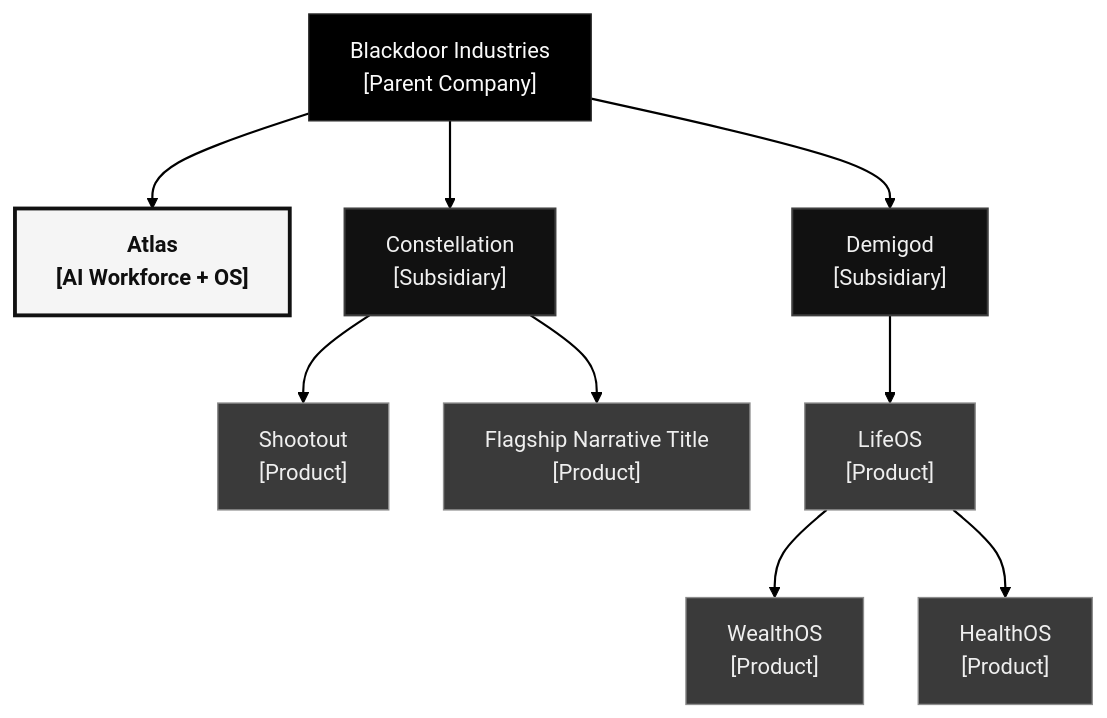
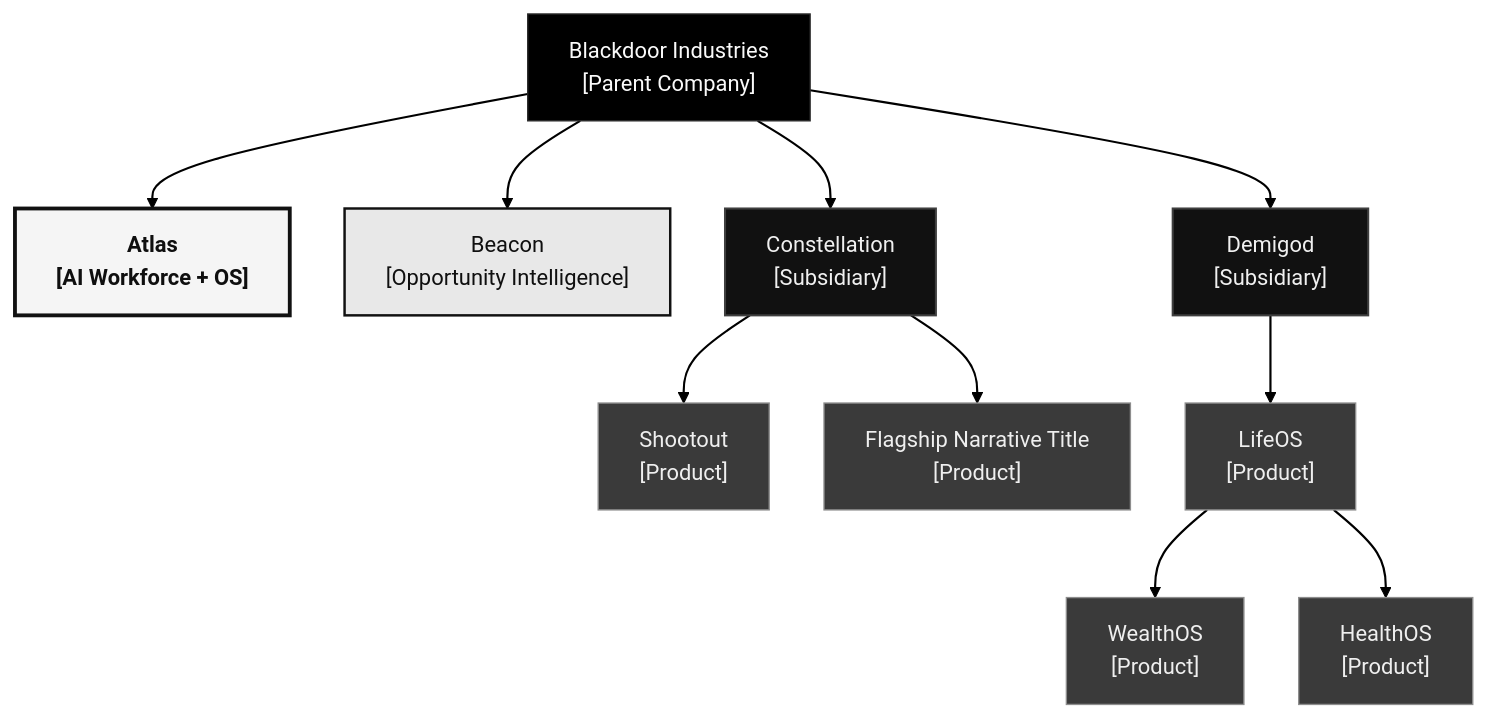
The first of 2 diagrams in profile/README.md (Blackdoor-Industries/.github), drawn with Mermaid before and after one commit. The commit also changed other lines of this file, not shown here.

Commit message:
Add Beacon to public profile

````diff
--- a/profile/README.md
+++ b/profile/README.md
@@ -36,45 +36,48 @@
 ```mermaid
 %%{init: {
   "theme": "base",
   "flowchart": {
     "curve": "basis",
     "nodeSpacing": 40,
     "rankSpacing": 64
   },
   "themeVariables": {
     "fontFamily": "Helvetica, Arial, sans-serif",
     "lineColor": "#000000",
     "textColor": "#eaeaea",
     "primaryColor": "#181818",
     "primaryBorderColor": "#454545",
     "tertiaryColor": "#121212",
     "background": "#ffffff"
   }
 }}%%
 flowchart TB
     BD["Blackdoor Industries<br/>[Parent Company]"]:::holding
     ATLAS["Atlas<br/>[AI Workforce + OS]"]:::atlas
+    BEACON["Beacon<br/>[Opportunity Intelligence]"]:::beacon
     CONST["Constellation<br/>[Subsidiary]"]:::subsidiary
     DEMI["Demigod<br/>[Subsidiary]"]:::subsidiary
     SHOOT["Shootout<br/>[Product]"]:::product
     VN["Flagship Narrative Title<br/>[Product]"]:::product
     LIFE["LifeOS<br/>[Product]"]:::product
     WEATH["WealthOS<br/>[Product]"]:::product
     HEALTH["HealthOS<br/>[Product]"]:::product
 
     BD --> ATLAS
+    BD --> BEACON
     BD --> CONST
     BD --> DEMI
     CONST --> SHOOT
     CONST --> VN
     DEMI --> LIFE
     LIFE --> WEATH
     LIFE --> HEALTH
 
     classDef holding fill:#000000,stroke:#2a2a2a,stroke-width:1px,color:#fafafa
     classDef atlas fill:#f5f5f5,stroke:#111111,stroke-width:2.8px,color:#0f0f0f,font-weight:700
+    classDef beacon fill:#e8e8e8,stroke:#111111,stroke-width:1.8px,color:#0f0f0f
     classDef subsidiary fill:#111111,stroke:#3f3f3f,stroke-width:1.5px,color:#f0f0f0
     classDef product fill:#3a3a3a,stroke:#8d8d8d,stroke-width:1px,color:#efefef
 
-    linkStyle 0,1,2,3,4,5,6,7 stroke:#000000,stroke-width:1.6px
+    linkStyle 0,1,2,3,4,5,6,7,8 stroke:#000000,stroke-width:1.6px
 ```
````
